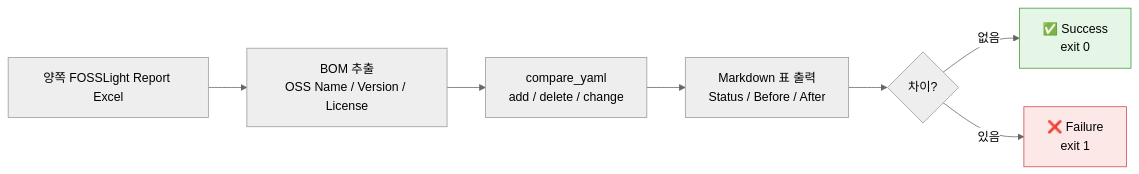
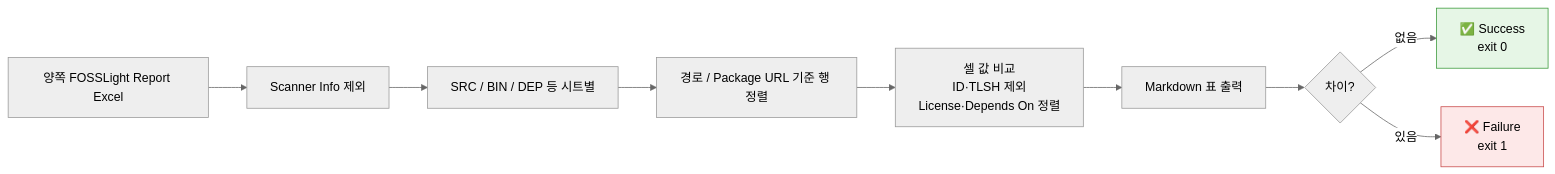
One commit to fosslight/fosslight_scanner_test changed the third of 3 diagrams in docs/flowchart.md. Above: the diagram before and after it, drawn with Mermaid (neutral theme). The commit also changed other lines of this file and 5 other files, not shown here.

First line of the commit message:
Switch scanner/yocto Excel checks to sheet-level cell compare.

````diff
--- a/docs/flowchart.md
+++ b/docs/flowchart.md
@@ -94,12 +94,14 @@
 ```mermaid
 flowchart LR
-    Excel[양쪽 FOSSLight Report Excel] --> Bom[BOM 추출<br/>OSS Name / Version / License]
-    Bom --> Cmp[compare_yaml<br/>add / delete / change]
-    Cmp --> Table["Markdown 표 출력<br/>Status / Before / After"]
+    Excel[양쪽 FOSSLight Report Excel] --> Filter["Scanner Info 제외"]
+    Filter --> Sheets[SRC / BIN / DEP 등 시트별]
+    Sheets --> Align[경로 / Package URL 기준 행 정렬]
+    Align --> Cell["셀 값 비교<br/>ID·TLSH 제외<br/>License·Depends On 정렬"]
+    Cell --> Table["Markdown 표 출력"]
     Table --> Out{차이?}
     Out -->|없음| OK["✅ Success<br/>exit 0"]
     Out -->|있음| NG["❌ Failure<br/>exit 1"]
 
     style OK fill:#e6f6e6,stroke:#3a9a3a
     style NG fill:#fde8e8,stroke:#c84a4a
 ```
````
